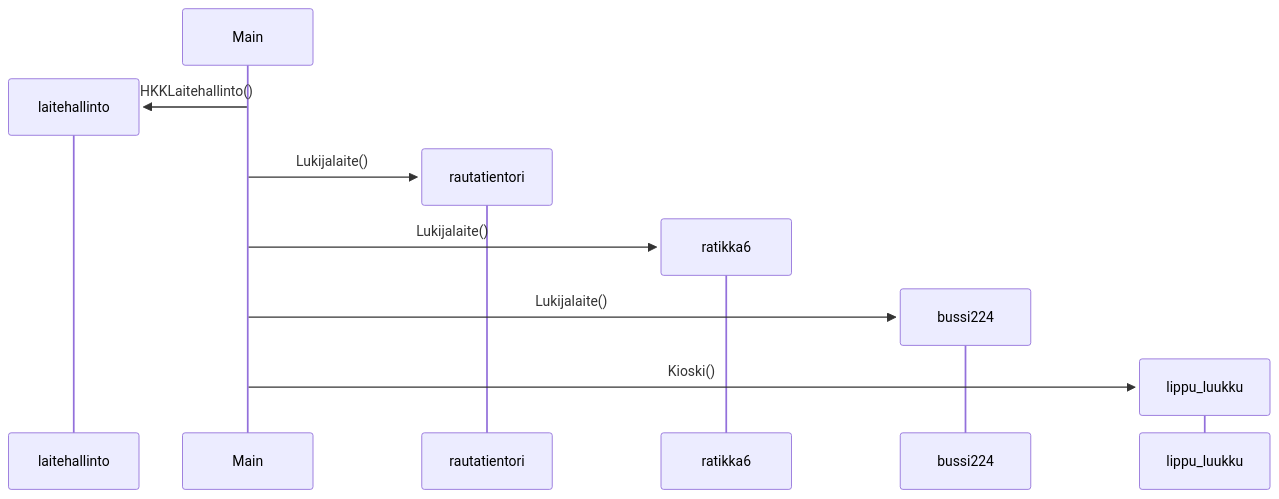
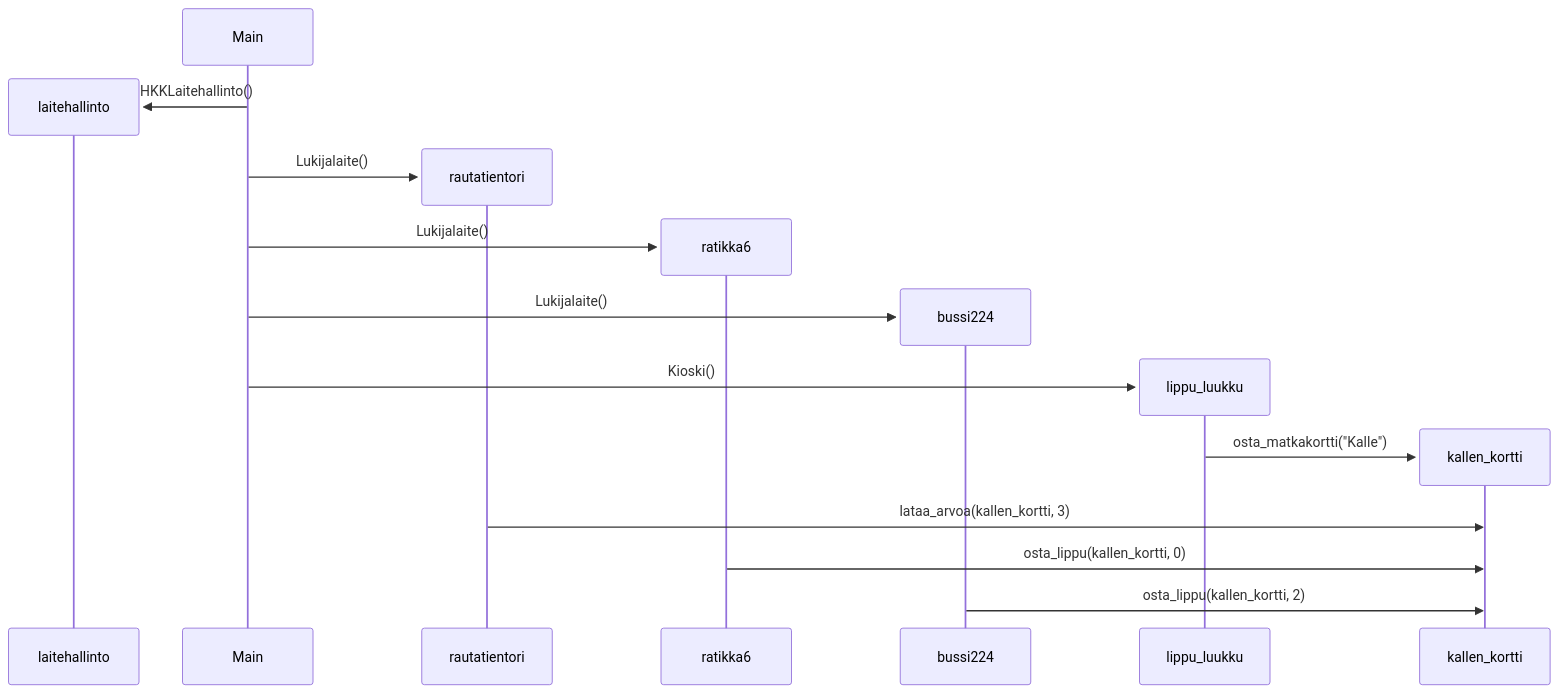
One commit to L0uko/Ohjelmistotekniikka_sovellus changed the diagram in laskarit/viikko3/sekvenssikaavio.md. Above: the diagram before and after it, drawn with Mermaid.

Commit message:
update sekvenssikaavio

````diff
--- a/laskarit/viikko3/sekvenssikaavio.md
+++ b/laskarit/viikko3/sekvenssikaavio.md
@@ -3,18 +3,22 @@
 ```mermaid
 
 sequenceDiagram
     create participant laitehallinto
     Main ->> laitehallinto: HKKLaitehallinto()
     create participant rautatientori
     Main ->> rautatientori: Lukijalaite()
     create participant ratikka6
     Main ->> ratikka6: Lukijalaite()
     create participant bussi224
     Main ->> bussi224: Lukijalaite()
     create participant lippu_luukku
     Main ->> lippu_luukku: Kioski()
-    
+    create participant kallen_kortti
+    lippu_luukku ->> kallen_kortti: osta_matkakortti("Kalle") 
+    rautatientori ->> kallen_kortti: lataa_arvoa(kallen_kortti, 3)
+    ratikka6 ->> kallen_kortti: osta_lippu(kallen_kortti, 0)
+    bussi224 ->> kallen_kortti: osta_lippu(kallen_kortti, 2)
 
     
 
 ```
````
